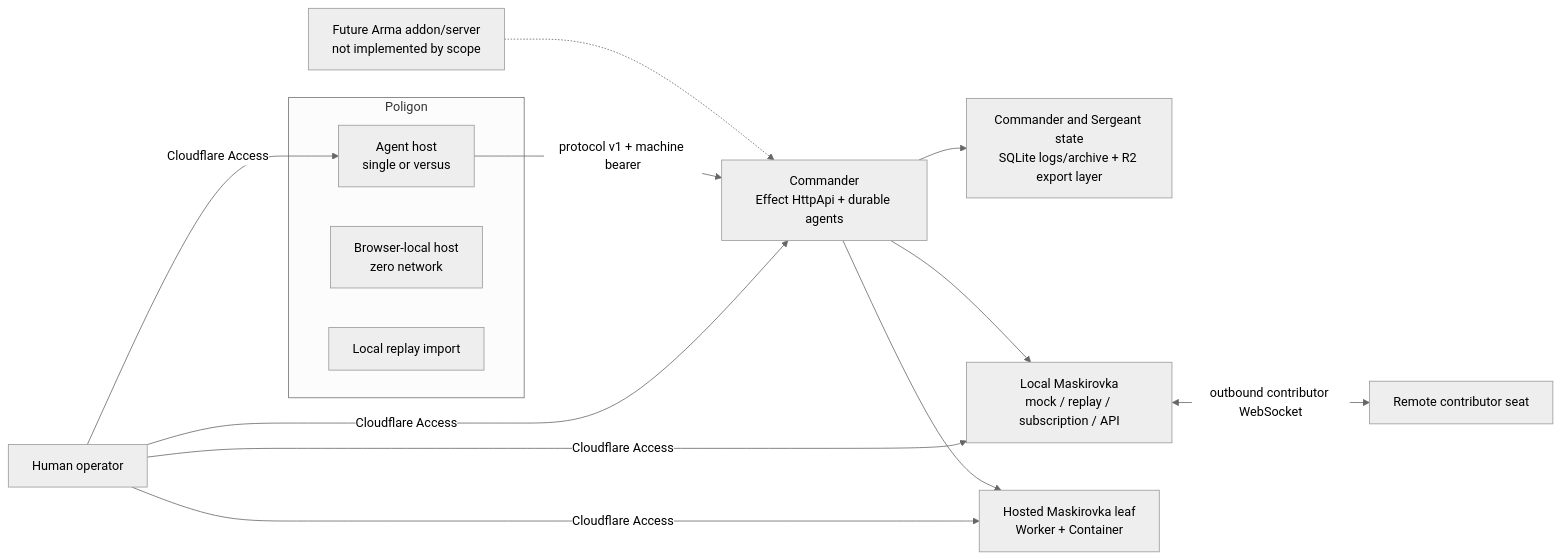
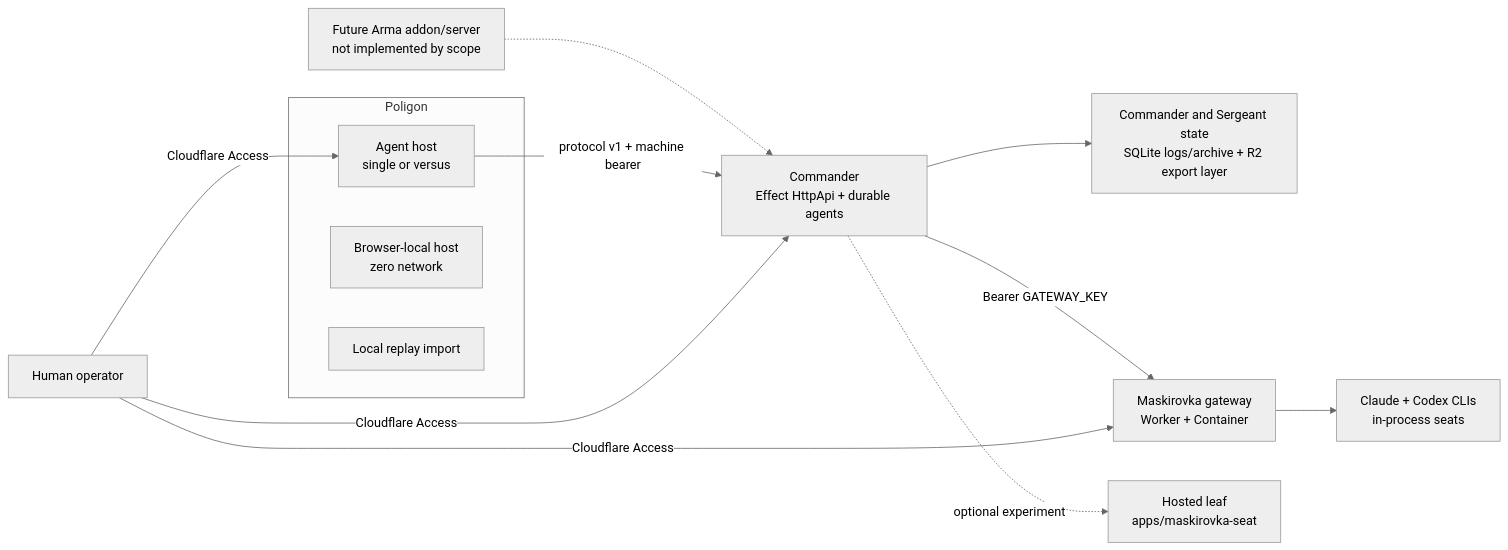
Before and after one commit to Reidond/stavka: the diagram in docs/OPERATOR_GUIDE.md, drawn with Mermaid (neutral theme). The commit also changed other lines of this file and 5 other files, not shown here.

````diff
--- a/docs/OPERATOR_GUIDE.md
+++ b/docs/OPERATOR_GUIDE.md
@@ -10,19 +15,18 @@
 ```mermaid
 flowchart LR
   subgraph P["Poligon"]
     PA["Agent host<br/>single or versus"]
     PO["Browser-local host<br/>zero network"]
     PR["Local replay import"]
   end
 
   A["Future Arma addon/server<br/>not implemented by scope"] -.-> C
   PA -->|"protocol v1 + machine bearer"| C["Commander<br/>Effect HttpApi + durable agents"]
   C --> D["Commander and Sergeant state<br/>SQLite logs/archive + R2 export layer"]
-  C --> ML["Local Maskirovka<br/>mock / replay / subscription / API"]
-  ML <-->|"outbound contributor WebSocket"| RC["Remote contributor seat"]
-  C --> MH["Hosted Maskirovka leaf<br/>Worker + Container"]
+  C -->|"Bearer GATEWAY_KEY"| MG["Maskirovka gateway<br/>Worker + Container"]
+  MG --> CL["Claude + Codex CLIs<br/>in-process seats"]
+  C -.->|"optional experiment"| MH["Hosted leaf<br/>apps/maskirovka-seat"]
   H["Human operator"] -->|"Cloudflare Access"| PA
   H -->|"Cloudflare Access"| C
-  H -->|"Cloudflare Access"| ML
-  H -->|"Cloudflare Access"| MH
+  H -->|"Cloudflare Access"| MG
 ```
````
